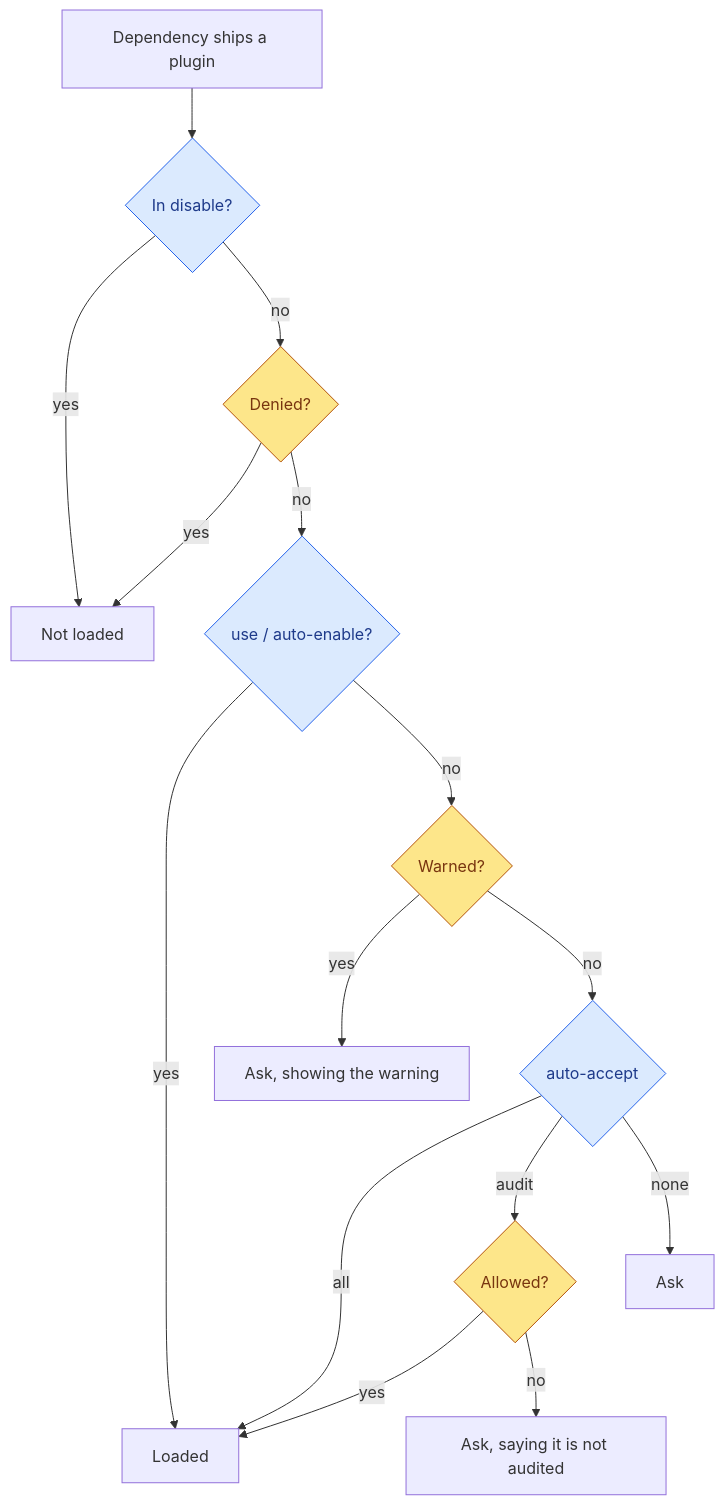
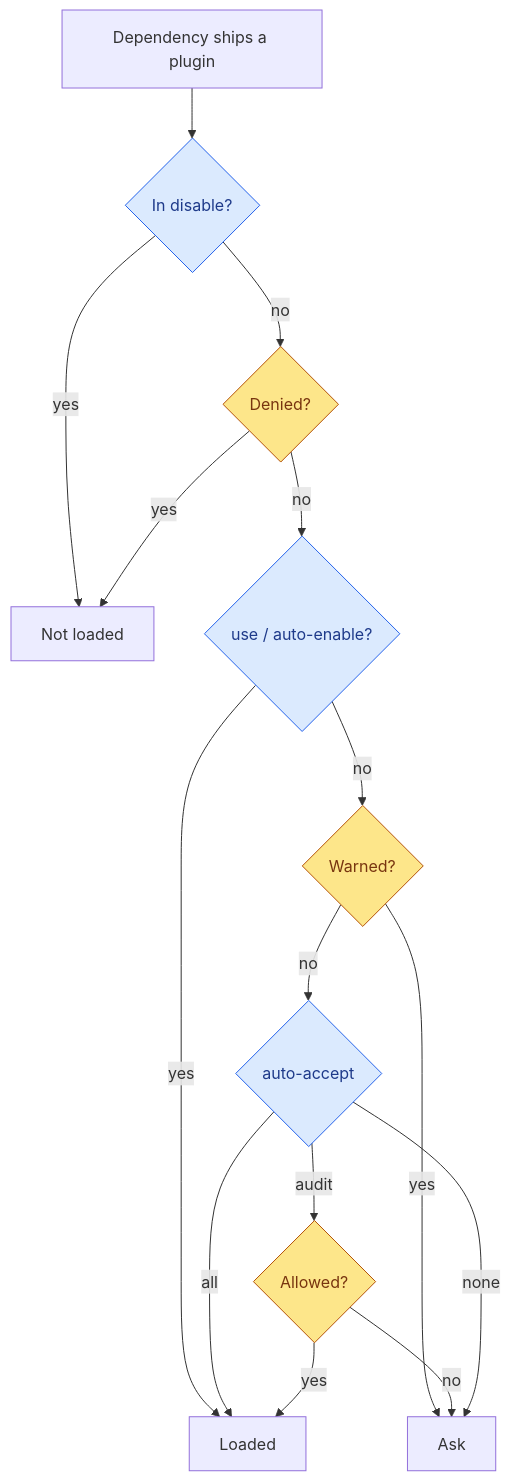
The diagram in md/rfds/plugin-audits/README.md (emiperez95/symposium), drawn with Mermaid before and after one commit. The commit also changed other lines of this file, not shown here.

Commit message:
rfd: one ask box in the chart

````diff
--- a/md/rfds/plugin-audits/README.md
+++ b/md/rfds/plugin-audits/README.md
@@ -50,22 +50,22 @@
 ```mermaid
 flowchart TD
     A[Dependency ships a plugin] --> B{In disable?}
     B -- yes --> X[Not loaded]
     B -- no --> C{Denied?}
     C -- yes --> X
     C -- no --> D{use / auto-enable?}
     D -- yes --> L[Loaded]
     D -- no --> W{Warned?}
-    W -- yes --> P[Ask, showing the warning]
+    W -- yes --> P[Ask]
     W -- no --> E{auto-accept}
     E -- all --> L
     E -- audit --> F{Allowed?}
     F -- yes --> L
-    F -- no --> Q[Ask, saying it is not audited]
-    E -- none --> R[Ask]
+    F -- no --> P
+    E -- none --> P
 
     classDef user fill:#dbeafe,stroke:#2563eb,color:#1e3a8a
     classDef registry fill:#fde68a,stroke:#b45309,color:#78350f
     class B,D,E user
     class C,W,F registry
 ```
````
